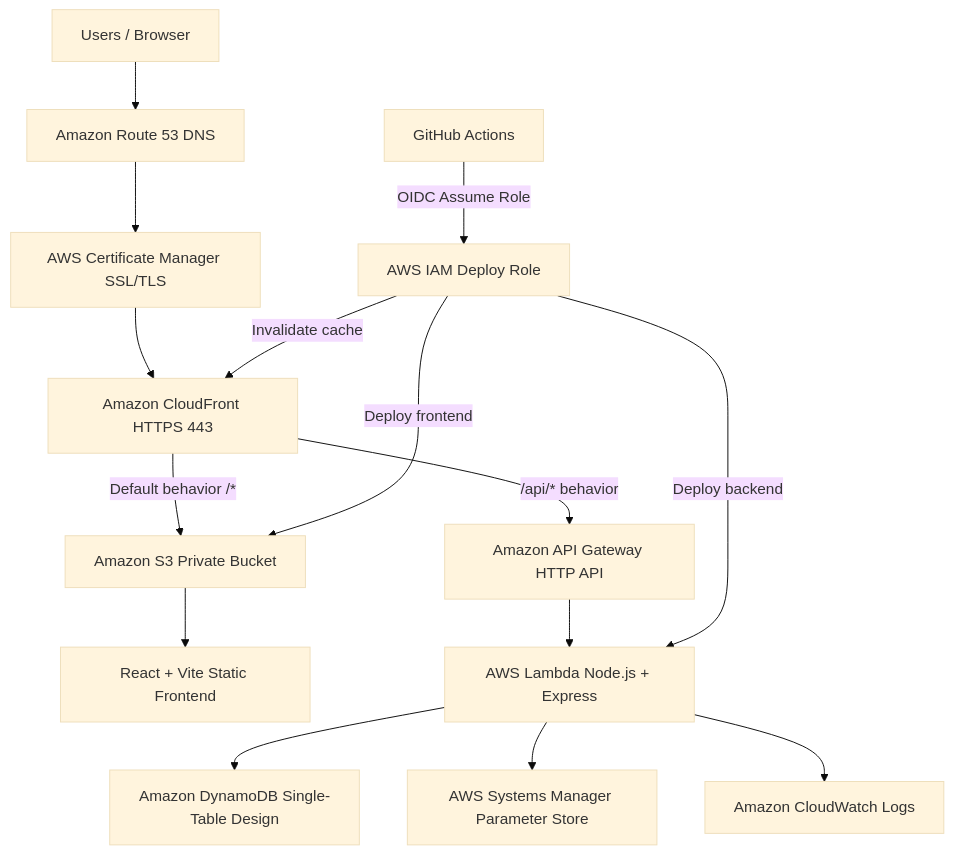
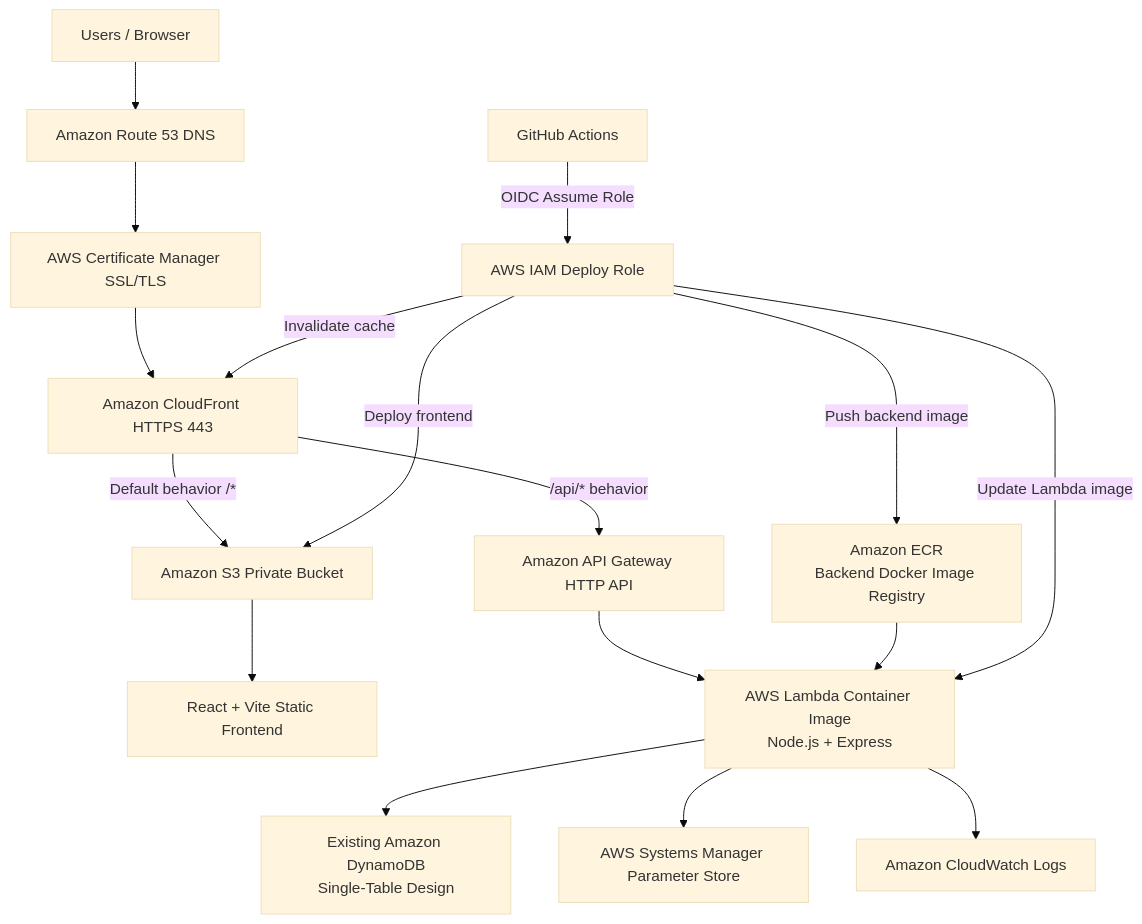
Before and after one commit to Rifkhan-SAA-DevOps/containerized-serverless-3-tier-architecture: the first of 8 diagrams in README.md, drawn with Mermaid (base theme). The commit also changed other lines of this file and 40 other files, not shown here.

````diff
--- a/README.md
+++ b/README.md
@@ -42,21 +85,24 @@
 ```mermaid
 flowchart TD
     User[Users / Browser] --> R53[Amazon Route 53 DNS]
     R53 --> ACM[AWS Certificate Manager SSL/TLS]
     ACM --> CF[Amazon CloudFront HTTPS 443]
 
     CF -->|Default behavior /*| S3[Amazon S3 Private Bucket]
     S3 --> FE[React + Vite Static Frontend]
 
     CF -->|/api/* behavior| APIGW[Amazon API Gateway HTTP API]
-    APIGW --> LAMBDA[AWS Lambda Node.js + Express]
-    LAMBDA --> DDB[Amazon DynamoDB Single-Table Design]
+    APIGW --> LAMBDA[AWS Lambda Container Image<br/>Node.js + Express]
+    LAMBDA --> DDB[Existing Amazon DynamoDB<br/>Single-Table Design]
 
     LAMBDA --> SSM[AWS Systems Manager Parameter Store]
     LAMBDA --> CW[Amazon CloudWatch Logs]
 
+    ECR[Amazon ECR<br/>Backend Docker Image Registry] --> LAMBDA
+
     GHA[GitHub Actions] -->|OIDC Assume Role| IAM[AWS IAM Deploy Role]
     IAM -->|Deploy frontend| S3
     IAM -->|Invalidate cache| CF
-    IAM -->|Deploy backend| LAMBDA
+    IAM -->|Push backend image| ECR
+    IAM -->|Update Lambda image| LAMBDA
 ```
````
